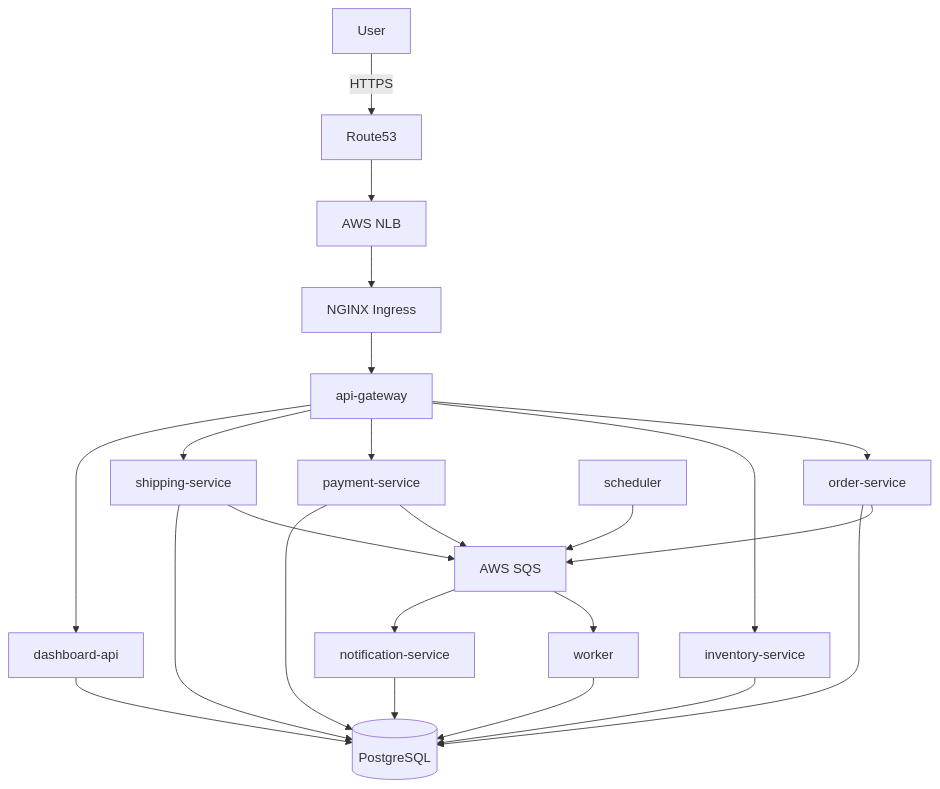
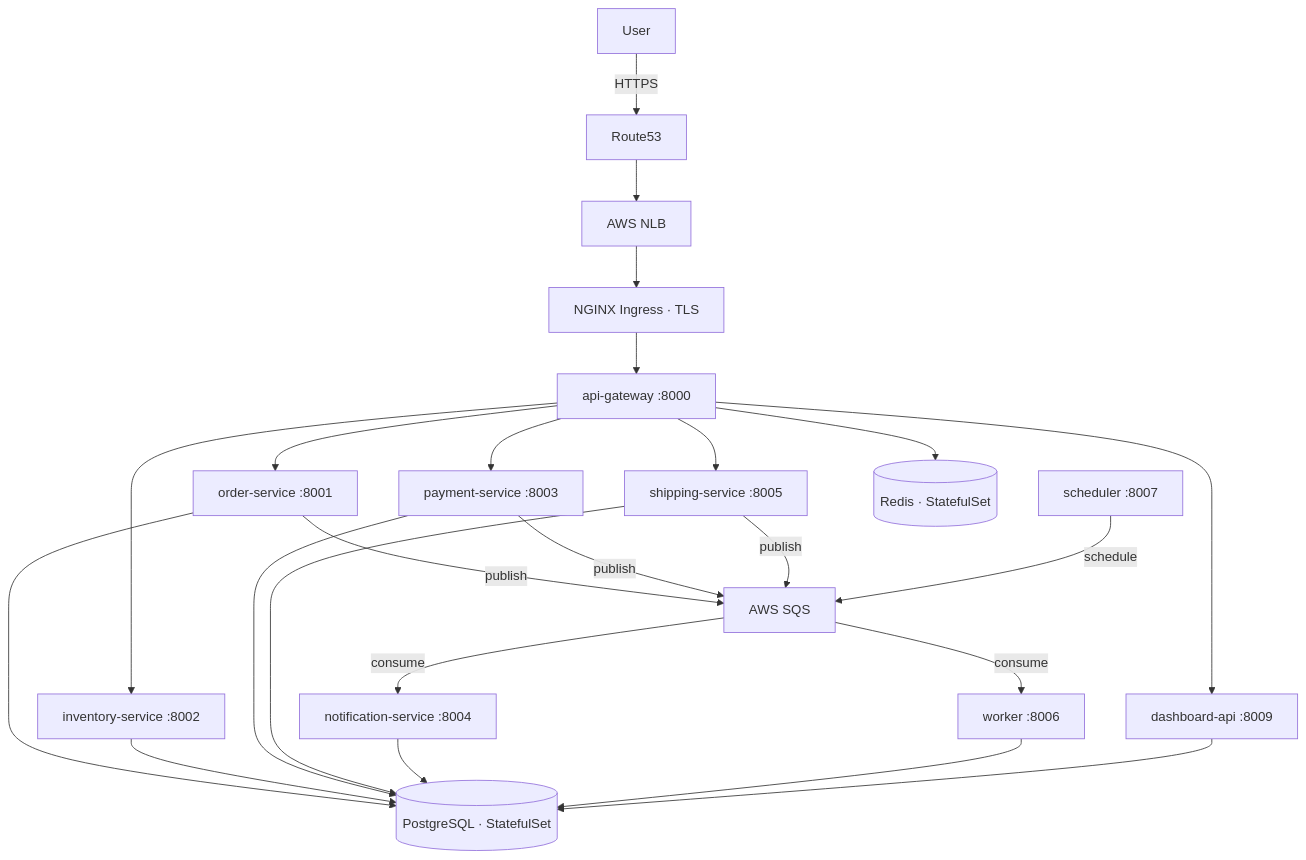
Before and after one commit to haz365/order-fulfillment: the diagram in README.md, drawn with Mermaid. The commit also changed other lines of this file, not shown here.

````diff
--- a/README.md
+++ b/README.md
@@ -27,17 +36,18 @@
 ```mermaid
 flowchart TD
     User -->|HTTPS| R53[Route53]
     R53 --> NLB[AWS NLB]
-    NLB --> NGINX[NGINX Ingress]
-    NGINX --> GW[api-gateway]
-    GW --> OS[order-service]
-    GW --> IS[inventory-service]
-    GW --> PS[payment-service]
-    GW --> SS[shipping-service]
-    GW --> DA[dashboard-api]
-    OS & PS & SS --> SQS[AWS SQS]
-    SQS --> WK[worker]
-    SQS --> NS[notification-service]
-    SC[scheduler] --> SQS
-    OS & IS & PS & SS & NS & WK & DA --> PG[(PostgreSQL)]
+    NLB --> NGINX[NGINX Ingress · TLS]
+    NGINX --> GW[api-gateway :8000]
+    GW --> OS[order-service :8001]
+    GW --> IS[inventory-service :8002]
+    GW --> PS[payment-service :8003]
+    GW --> SS[shipping-service :8005]
+    GW --> DA[dashboard-api :8009]
+    OS & PS & SS -->|publish| SQS[AWS SQS]
+    SQS -->|consume| WK[worker :8006]
+    SQS -->|consume| NS[notification-service :8004]
+    SC[scheduler :8007] -->|schedule| SQS
+    OS & IS & PS & SS & NS & WK & DA --> PG[(PostgreSQL · StatefulSet)]
+    GW --> RD[(Redis · StatefulSet)]
 ```
````
